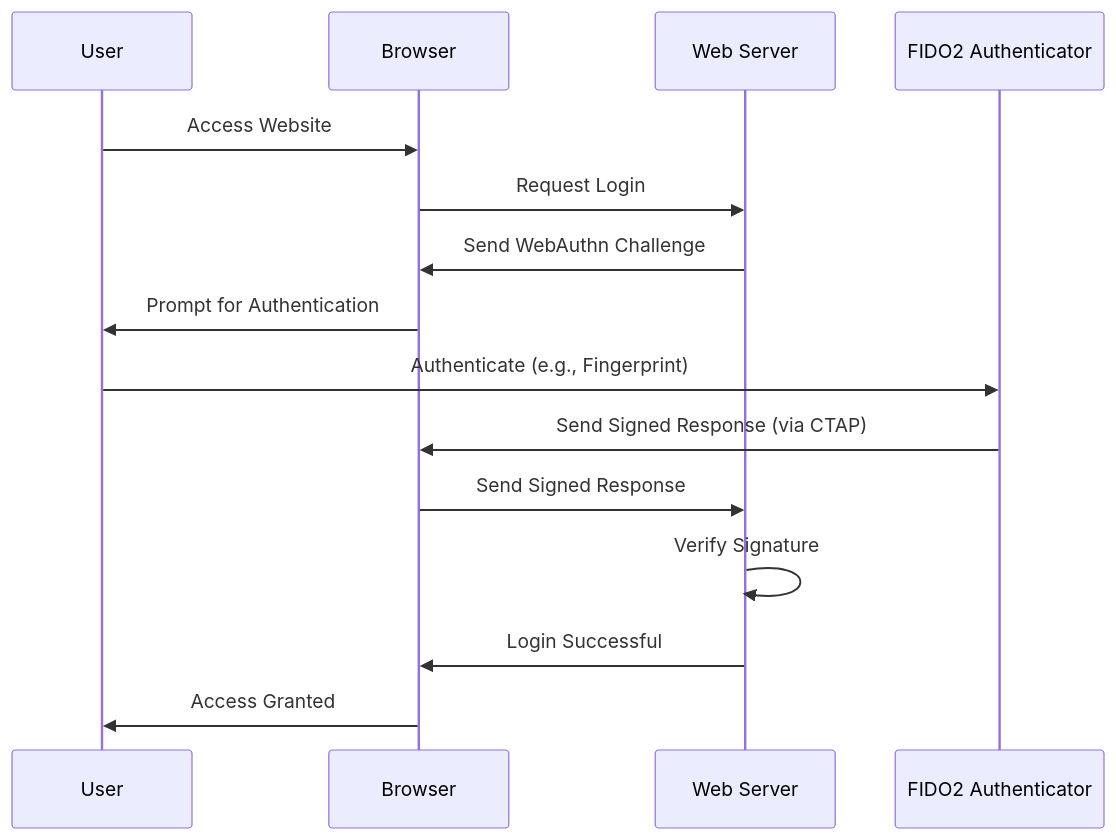
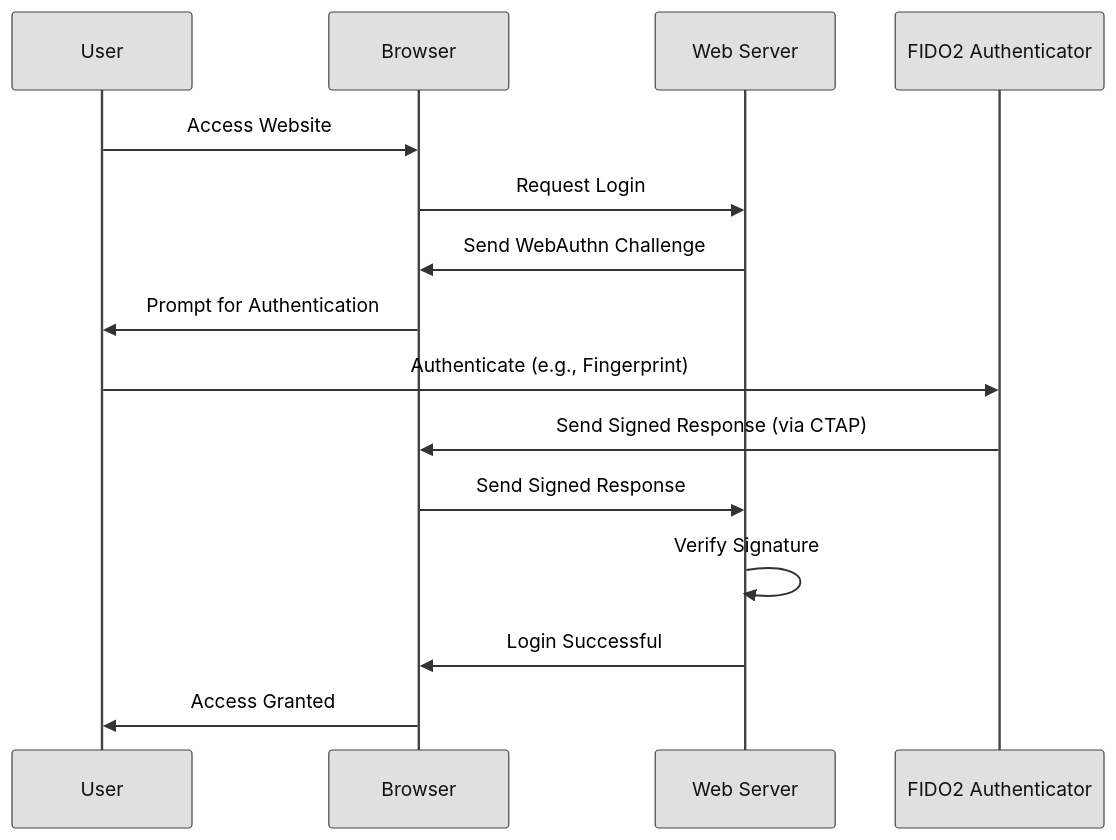
One commit to lorenzoleonelli/CISSP-Zero-to-Hero changed the diagram in DOMAIN5: Identity and Access Management (IAM)/5.L.1 FIDO and FIDO2: Revolutionizing Authentication.md. Above: the diagram before and after it, drawn with Mermaid. The commit also changed other lines of this file, not shown here.

Commit message:
Update 5.L.1 FIDO and FIDO2: Revolutionizing Authentication.md

````diff
--- a/DOMAIN5: Identity and Access Management (IAM)/5.L.1 FIDO and FIDO2: Revolutionizing Authentication.md
+++ b/DOMAIN5: Identity and Access Management (IAM)/5.L.1 FIDO and FIDO2: Revolutionizing Authentication.md
@@ -57,20 +57,37 @@
 ```mermaid
+
+%%{init: { 'theme': 'base', 'themeVariables': {
+    'primaryColor': '#f0f0f0',
+    'primaryBorderColor': '#333333',
+    'primaryTextColor': '#111111',
+    'actorBkg': '#e0e0e0',
+    'actorBorder': '#444444',
+    'actorTextColor': '#111111',
+    'lineColor': '#555555',
+    'signalColor': '#333333',
+    'signalTextColor': '#000000',
+    'altBackground': '#d9d9d9',
+    'sequenceNumberColor': '#666666'
+}}}%%
+
+
+
 sequenceDiagram
     participant User
     participant Browser
     participant Web Server
     participant FIDO2 Authenticator
 
     User->>Browser: Access Website
     Browser->>Web Server: Request Login
     Web Server->>Browser: Send WebAuthn Challenge
     Browser->>User: Prompt for Authentication
     User->>FIDO2 Authenticator: Authenticate (e.g., Fingerprint)
     FIDO2 Authenticator->>Browser: Send Signed Response (via CTAP)
     Browser->>Web Server: Send Signed Response
     Web Server->>Web Server: Verify Signature
     Web Server->>Browser: Login Successful
     Browser->>User: Access Granted
 
 
 ```
````
